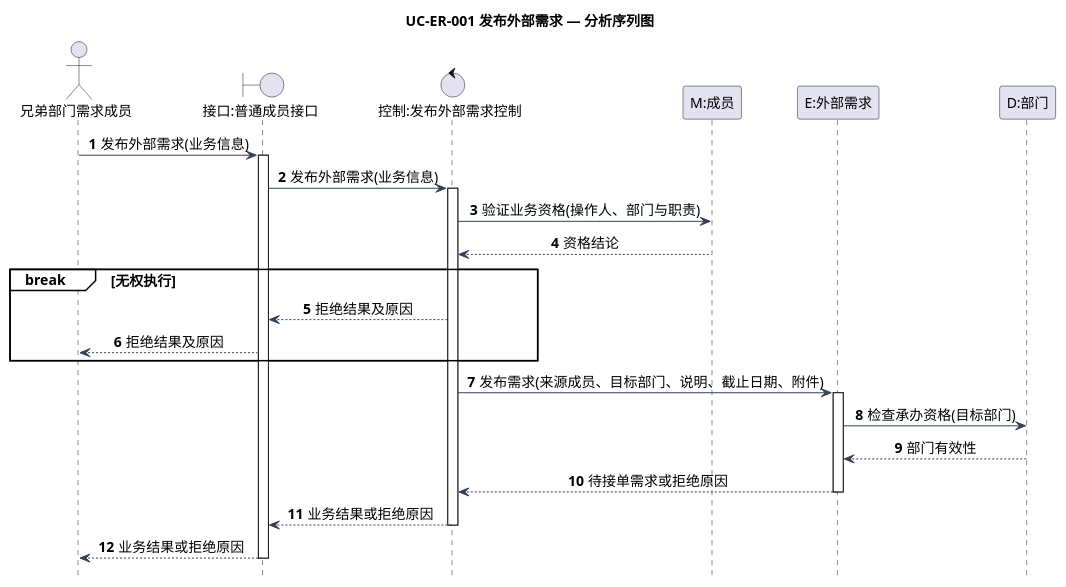
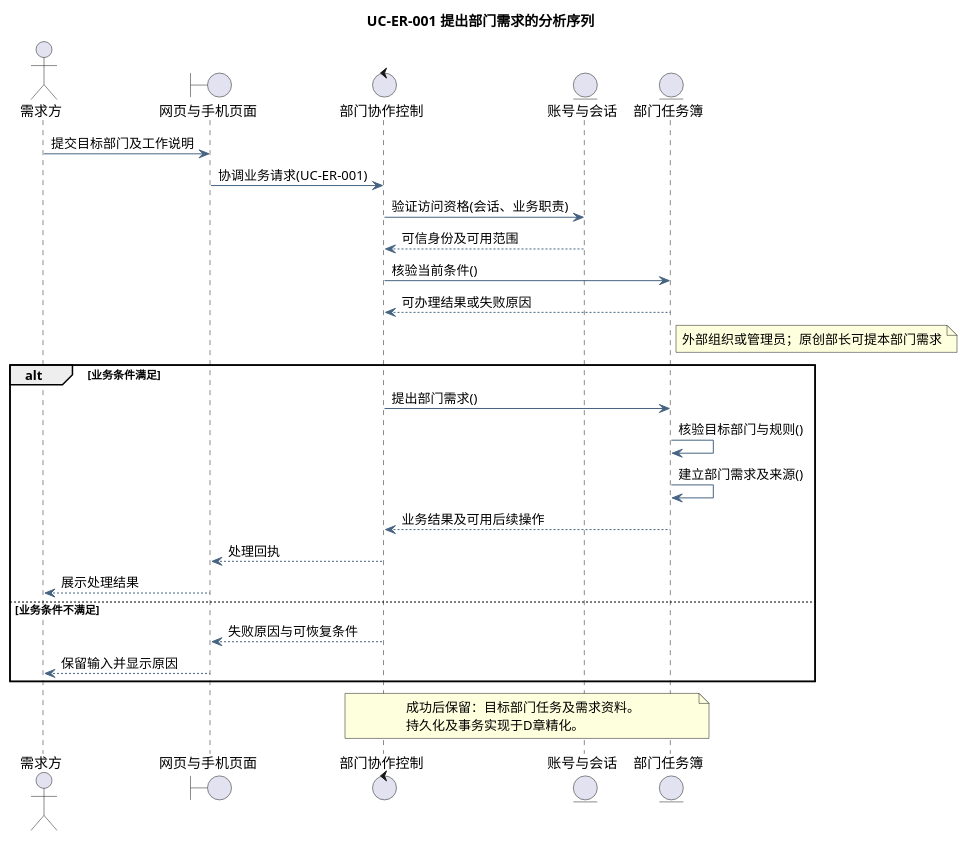
The diagram in docs/diagrams/analysis/seq-uc-er-001.puml (tccc1csu/miniprogram-csu), drawn with PlantUML before and after one commit. The commit also changed 376 other files, not shown here.

Commit message:
docs: align course UML and engineering documents with unified workbench

```diff
--- a/docs/diagrams/analysis/seq-uc-er-001.puml
+++ b/docs/diagrams/analysis/seq-uc-er-001.puml
@@ -1,45 +1,39 @@
 @startuml
-title UC-ER-001 发布外部需求 — 分析序列图
 skinparam defaultFontName Microsoft YaHei
-skinparam defaultFontSize 14
 skinparam shadowing false
-skinparam backgroundColor white
+skinparam backgroundColor #FFFFFF
+skinparam ArrowColor #466482
 skinparam classAttributeIconSize 0
-skinparam classBackgroundColor #F5FAFF
-skinparam classBorderColor #46637F
-skinparam ArrowColor #334155
-skinparam nodesep 35
-skinparam ranksep 45
-hide footbox
-autonumber
-skinparam sequenceMessageAlign center
-skinparam sequenceGroupBackgroundColor white
-actor "兄弟部门需求成员" as A
-boundary "接口:普通成员接口" as B
-control "控制:发布外部需求控制" as C
-participant "M:成员" as M
-participant "E:外部需求" as E
-participant "D:部门" as D
-A -> B: 发布外部需求(业务信息)
-activate B
-B -> C: 发布外部需求(业务信息)
-activate C
-C -> M: 验证业务资格(操作人、部门与职责)
-M --> C: 资格结论
-break 无权执行
-  C --> B: 拒绝结果及原因
-  B --> A: 拒绝结果及原因
+hide empty members
+title UC-ER-001 提出部门需求的分析序列
+actor "需求方" as actor
+boundary "网页与手机页面" as page
+control "部门协作控制" as ctl
+entity "账号与会话" as identity
+entity "部门任务簿" as model
+actor -> page : 提交目标部门及工作说明
+page -> ctl : 协调业务请求(UC-ER-001)
+ctl -> identity : 验证访问资格(会话、业务职责)
+identity --> ctl : 可信身份及可用范围
+ctl -> model : 核验当前条件()
+model --> ctl : 可办理结果或失败原因
+note right of model
+外部组织或管理员；原创部长可提本部门需求
+end note
+alt 业务条件满足
+ctl -> model : 提出部门需求()
+model -> model : 核验目标部门与规则()
+model -> model : 建立部门需求及来源()
+model --> ctl : 业务结果及可用后续操作
+ctl --> page : 处理回执
+page --> actor : 展示处理结果
+else 业务条件不满足
+ctl --> page : 失败原因与可恢复条件
+page --> actor : 保留输入并显示原因
 end
+note over ctl,model
+成功后保留：目标部门任务及需求资料。
+持久化及事务实现于D章精化。
+end note
 
-C -> E: 发布需求(来源成员、目标部门、说明、截止日期、附件)
-activate E
-E -> D: 检查承办资格(目标部门)
-D --> E: 部门有效性
-E --> C: 待接单需求或拒绝原因
-deactivate E
-
-C --> B: 业务结果或拒绝原因
-deactivate C
-B --> A: 业务结果或拒绝原因
-deactivate B
 @enduml
```
